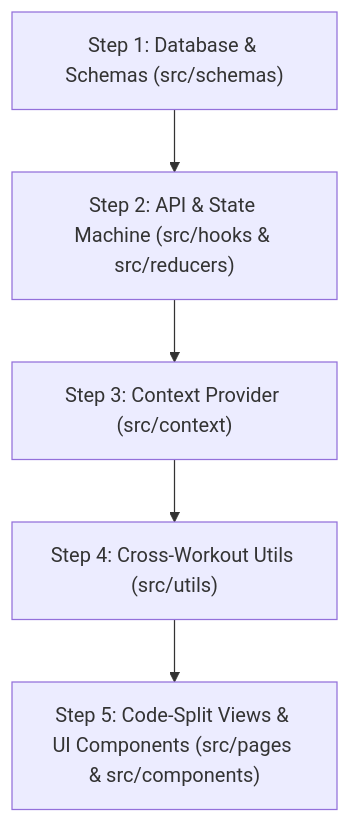
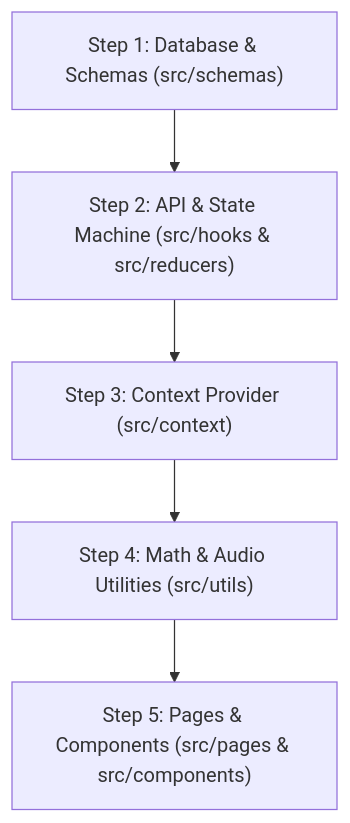
Before and after one commit to mohammed-abdelwhab/RepStack: the fourth of 4 diagrams in ARCHITECTURE.md, drawn with Mermaid. The commit also changed other lines of this file and 1 other file, not shown here.

Commit message:
docs: update system architecture, component directory, and study roadmap

````diff
--- a/ARCHITECTURE.md
+++ b/ARCHITECTURE.md
@@ -196,7 +245,7 @@
 ```mermaid
 graph TD
     Step1["Step 1: Database & Schemas (src/schemas)"] --> Step2["Step 2: API & State Machine (src/hooks & src/reducers)"]
     Step2 --> Step3["Step 3: Context Provider (src/context)"]
-    Step3 --> Step4["Step 4: Cross-Workout Utils (src/utils)"]
-    Step4 --> Step5["Step 5: Code-Split Views & UI Components (src/pages & src/components)"]
+    Step3 --> Step4["Step 4: Math & Audio Utilities (src/utils)"]
+    Step4 --> Step5["Step 5: Pages & Components (src/pages & src/components)"]
 ```
````
